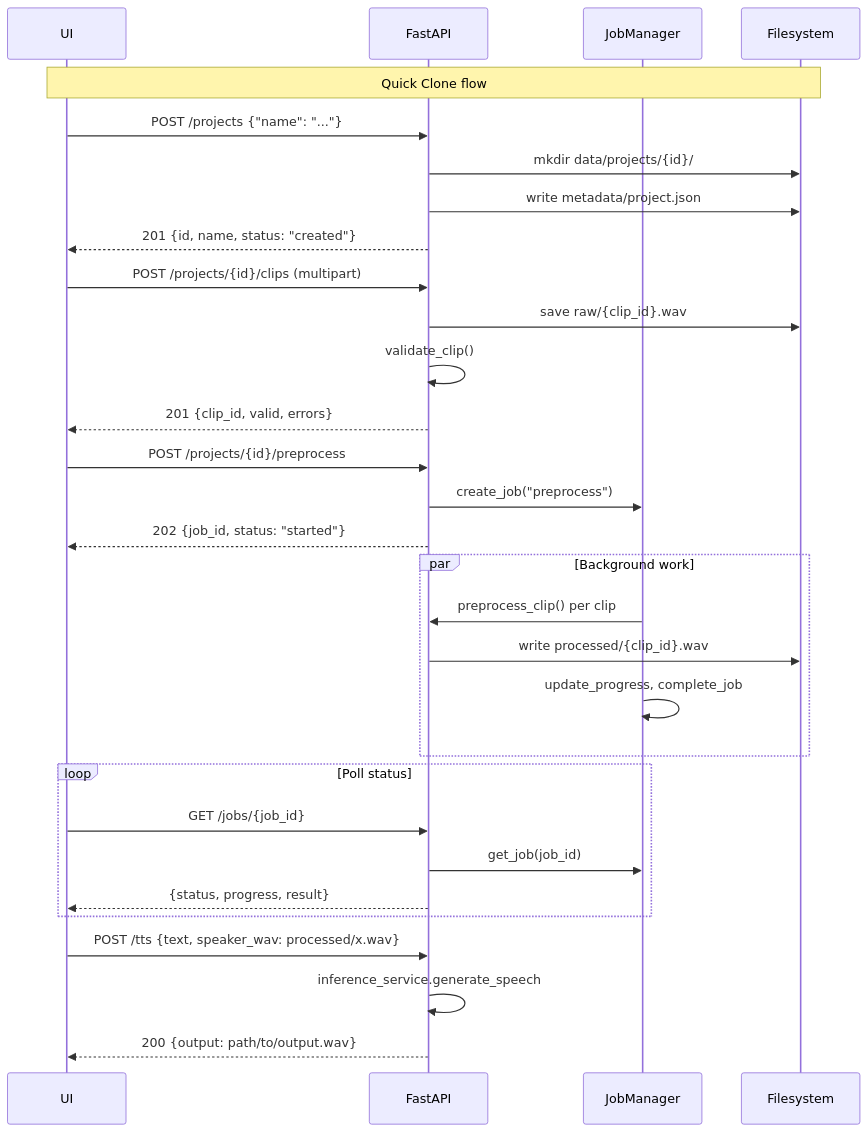
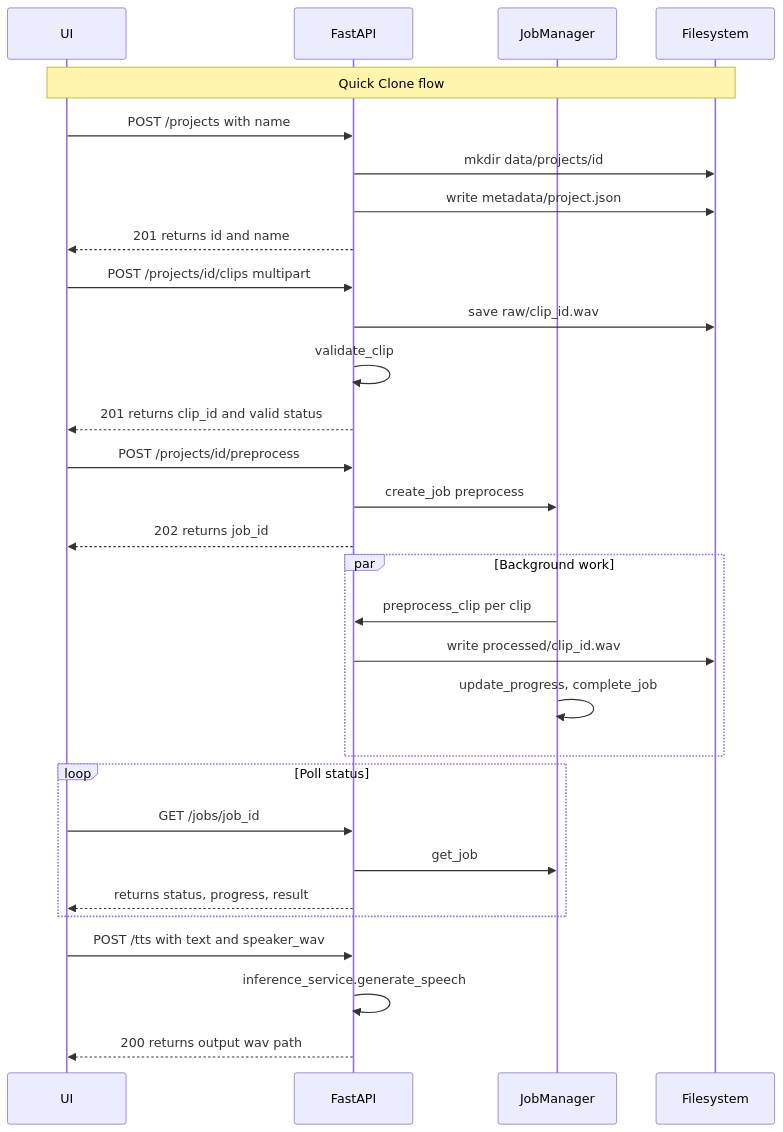
One commit to hk2166/Modulizer changed the fifth of 5 diagrams in README.md. Above: the diagram before and after it, drawn with Mermaid. The commit also changed other lines of this file, not shown here.

````diff
--- a/README.md
+++ b/README.md
@@ -228,39 +240,39 @@
 ```mermaid
 sequenceDiagram
     participant UI
     participant API as FastAPI
     participant JM as JobManager
     participant FS as Filesystem
 
     Note over UI,FS: Quick Clone flow
 
-    UI->>API: POST /projects {"name": "..."}
-    API->>FS: mkdir data/projects/{id}/
+    UI->>API: POST /projects with name
+    API->>FS: mkdir data/projects/id
     API->>FS: write metadata/project.json
-    API-->>UI: 201 {id, name, status: "created"}
+    API-->>UI: 201 returns id and name
 
-    UI->>API: POST /projects/{id}/clips (multipart)
-    API->>FS: save raw/{clip_id}.wav
-    API->>API: validate_clip()
-    API-->>UI: 201 {clip_id, valid, errors}
+    UI->>API: POST /projects/id/clips multipart
+    API->>FS: save raw/clip_id.wav
+    API->>API: validate_clip
+    API-->>UI: 201 returns clip_id and valid status
 
-    UI->>API: POST /projects/{id}/preprocess
-    API->>JM: create_job("preprocess")
-    API-->>UI: 202 {job_id, status: "started"}
+    UI->>API: POST /projects/id/preprocess
+    API->>JM: create_job preprocess
+    API-->>UI: 202 returns job_id
 
     par Background work
-        JM->>API: preprocess_clip() per clip
-        API->>FS: write processed/{clip_id}.wav
+        JM->>API: preprocess_clip per clip
+        API->>FS: write processed/clip_id.wav
         JM->>JM: update_progress, complete_job
     end
 
     loop Poll status
-        UI->>API: GET /jobs/{job_id}
-        API->>JM: get_job(job_id)
-        API-->>UI: {status, progress, result}
+        UI->>API: GET /jobs/job_id
+        API->>JM: get_job
+        API-->>UI: returns status, progress, result
     end
 
-    UI->>API: POST /tts {text, speaker_wav: processed/x.wav}
+    UI->>API: POST /tts with text and speaker_wav
     API->>API: inference_service.generate_speech
-    API-->>UI: 200 {output: path/to/output.wav}
+    API-->>UI: 200 returns output wav path
 ```
````
